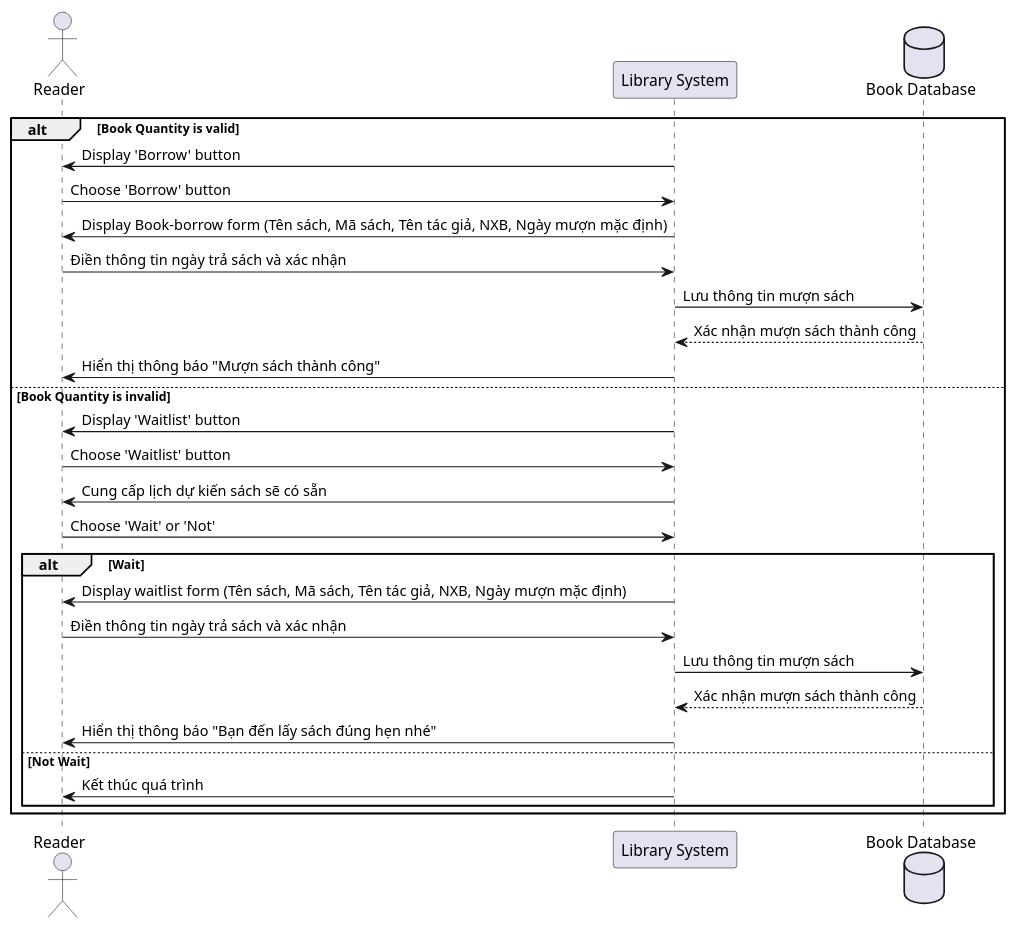
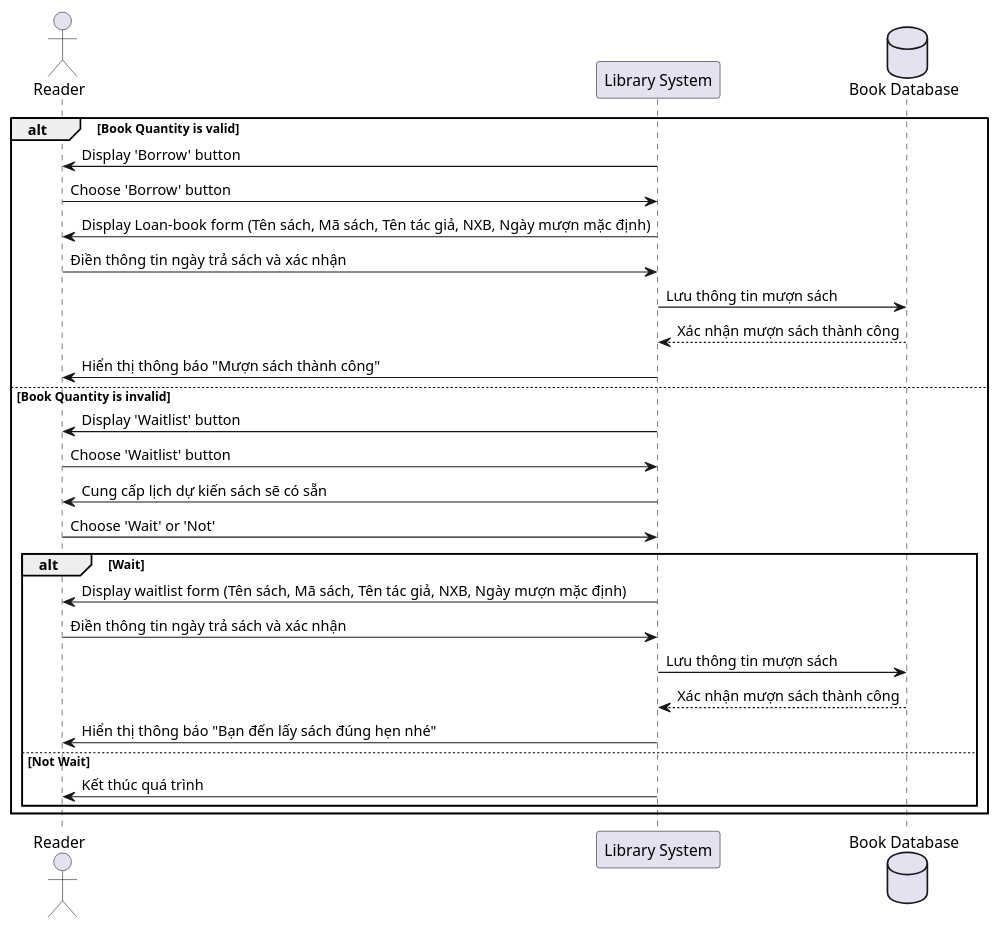
Before and after one commit to DaniGDSC/Diagram: the diagram in sequence/borrow_book.puml, drawn with PlantUML. The commit also changed 7 other files, not shown here.

```diff
--- a/sequence/borrow_book.puml
+++ b/sequence/borrow_book.puml
@@ -1,31 +1,31 @@
 @startuml
 actor "Reader" as reader
 participant "Library System" as system
 database "Book Database" as db
 
 alt Book Quantity is valid
 system -> reader : Display 'Borrow' button
 reader -> system : Choose 'Borrow' button
-system -> reader : Display Book-borrow form (Tên sách, Mã sách, Tên tác giả, NXB, Ngày mượn mặc định)
+system -> reader : Display Loan-book form (Tên sách, Mã sách, Tên tác giả, NXB, Ngày mượn mặc định)
 reader -> system : Điền thông tin ngày trả sách và xác nhận
 system -> db : Lưu thông tin mượn sách
 db --> system : Xác nhận mượn sách thành công
 system -> reader : Hiển thị thông báo "Mượn sách thành công"
 
 else Book Quantity is invalid
 system -> reader : Display 'Waitlist' button
 reader -> system : Choose 'Waitlist' button
 system -> reader : Cung cấp lịch dự kiến sách sẽ có sẵn
 reader -> system : Choose 'Wait' or 'Not'
 alt Wait
     system -> reader : Display waitlist form (Tên sách, Mã sách, Tên tác giả, NXB, Ngày mượn mặc định)
     reader -> system : Điền thông tin ngày trả sách và xác nhận
     system -> db : Lưu thông tin mượn sách
     db --> system : Xác nhận mượn sách thành công
     system -> reader : Hiển thị thông báo "Bạn đến lấy sách đúng hẹn nhé"
 else Not Wait
     system -> reader : Kết thúc quá trình
 end
 end
 
 @enduml
```
